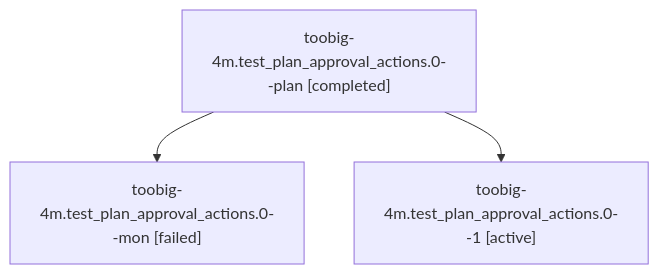
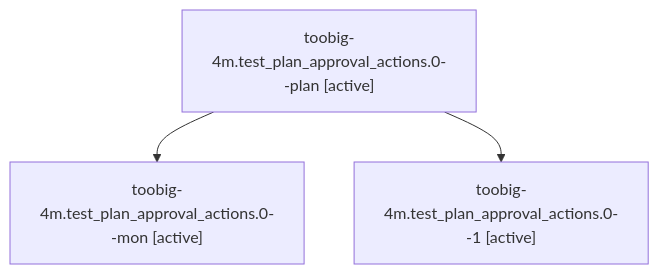
The diagram in families/bbugyi200.athena.toobig-4m.test_plan_approval_actions.0.md (sase-org/sase--agents), drawn with Mermaid before and after one commit. The commit also changed other lines of this file and 35830 other files, not shown here.

````diff
--- a/families/bbugyi200.athena.toobig-4m.test_plan_approval_actions.0.md
+++ b/families/bbugyi200.athena.toobig-4m.test_plan_approval_actions.0.md
@@ -9,8 +9,8 @@
 ```mermaid
 flowchart TD
-  n0["toobig-4m.test_plan_approval_actions.0--plan [completed]"]
-  n1["toobig-4m.test_plan_approval_actions.0--mon [failed]"]
+  n0["toobig-4m.test_plan_approval_actions.0--plan [active]"]
+  n1["toobig-4m.test_plan_approval_actions.0--mon [active]"]
   n0 --> n1
   n2["toobig-4m.test_plan_approval_actions.0--1 [active]"]
   n0 --> n2
 ```
````
